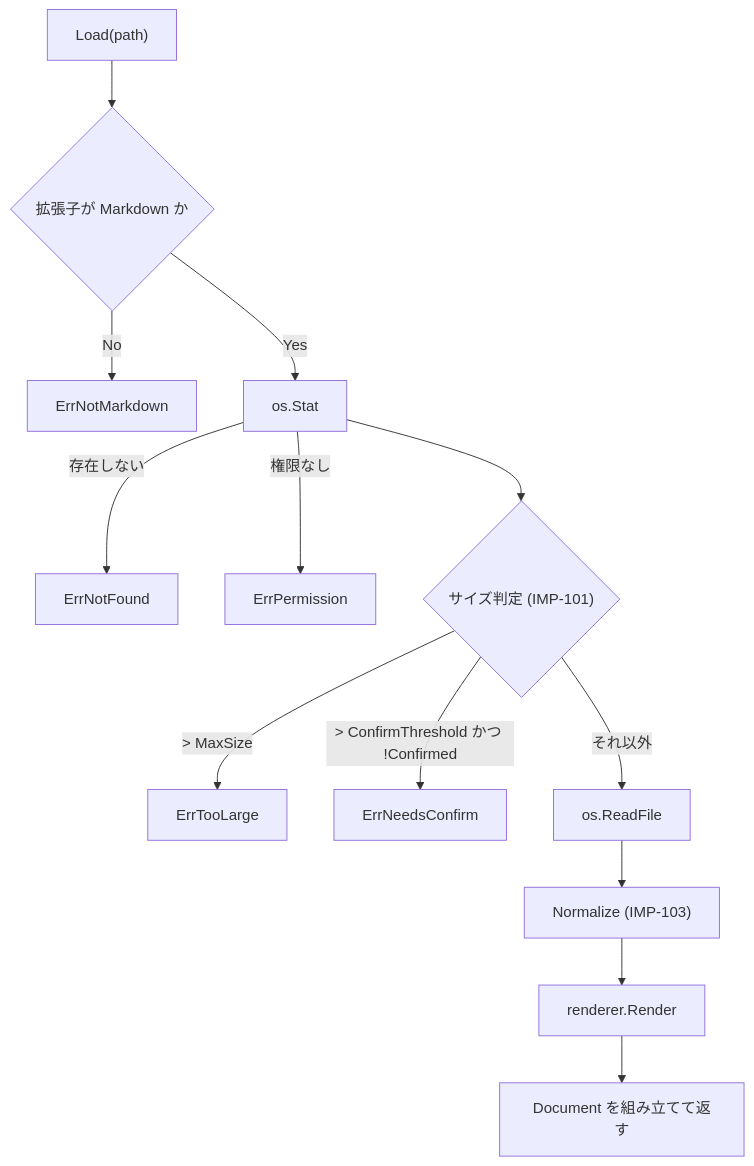
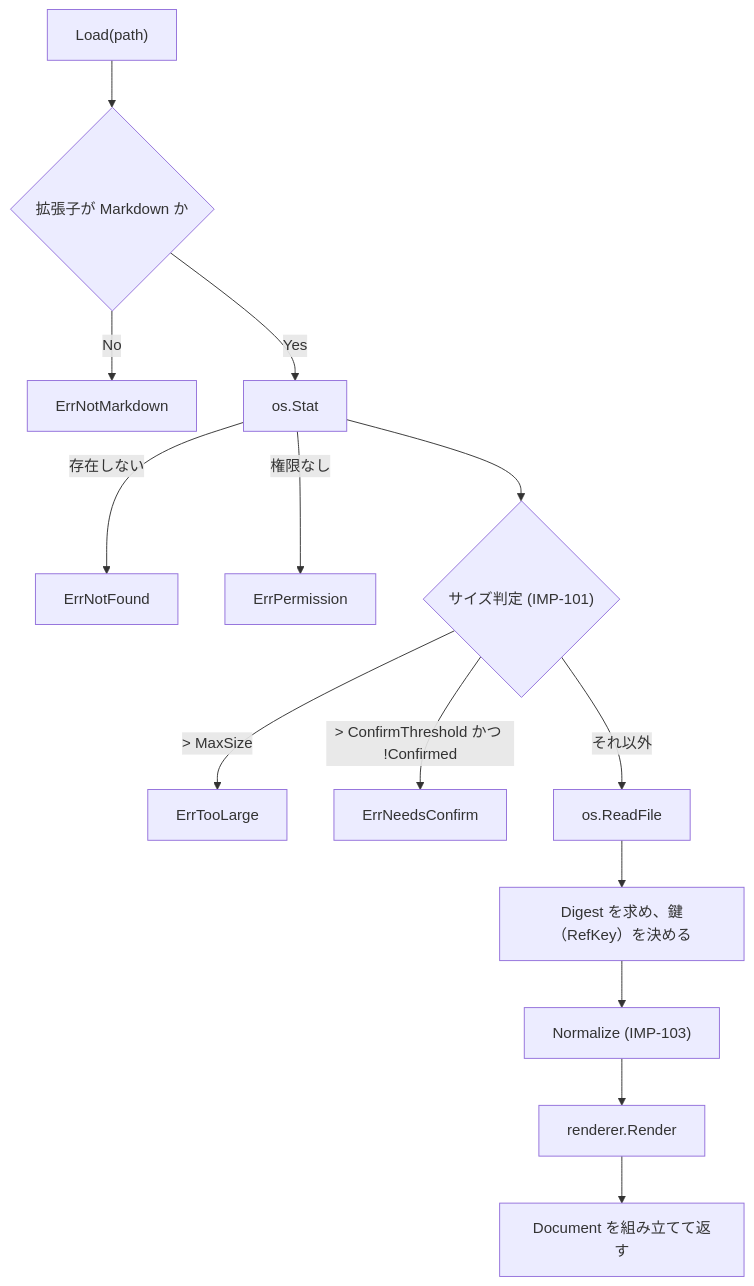
The diagram in docs/specs/11-impl-backend.md (kznagamori/go_MarkView), drawn with Mermaid before and after one commit. The commit also changed other lines of this file and 25 other files, not shown here.

````diff
--- a/docs/specs/11-impl-backend.md
+++ b/docs/specs/11-impl-backend.md
@@ -96,15 +109,16 @@
 ```mermaid
 flowchart TD
     A["Load(path)"] --> B{"拡張子が Markdown か"}
     B -->|No| E1["ErrNotMarkdown"]
     B -->|Yes| C["os.Stat"]
     C -->|存在しない| E2["ErrNotFound"]
     C -->|権限なし| E3["ErrPermission"]
     C --> D{"サイズ判定 (IMP-101)"}
     D -->|"> MaxSize"| E4["ErrTooLarge"]
     D -->|"> ConfirmThreshold かつ !Confirmed"| E5["ErrNeedsConfirm"]
     D -->|それ以外| F["os.ReadFile"]
-    F --> G["Normalize (IMP-103)"]
+    F --> K["Digest を求め、鍵（RefKey）を決める"]
+    K --> G["Normalize (IMP-103)"]
     G --> H["renderer.Render"]
     H --> I["Document を組み立てて返す"]
 ```
````
